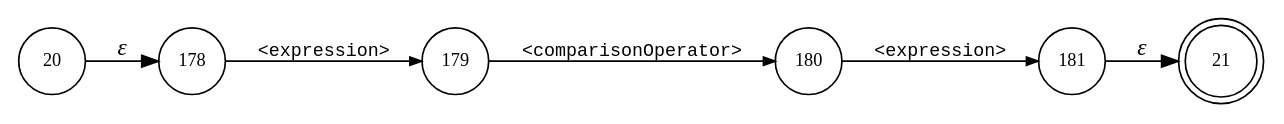
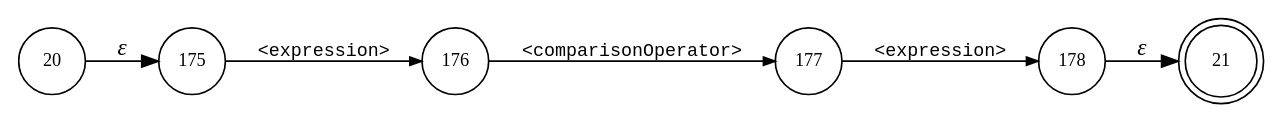
One commit to Shinigami072/Compilers-LogoInterpreter changed the diagram in interpreter/logo/logo.comparison.dot. Above: the diagram before and after it, drawn with Graphviz. The commit also changed 78 other files, not shown here.

```diff
--- a/interpreter/logo/logo.comparison.dot
+++ b/interpreter/logo/logo.comparison.dot
@@ -1,14 +1,14 @@
 digraph ATN {
 rankdir=LR;
 s21[fontsize=11, label="21", shape=doublecircle, fixedsize=true, width=.6];
+s176[fontsize=11,label="176", shape=circle, fixedsize=true, width=.55, peripheries=1];
+s177[fontsize=11,label="177", shape=circle, fixedsize=true, width=.55, peripheries=1];
 s178[fontsize=11,label="178", shape=circle, fixedsize=true, width=.55, peripheries=1];
-s179[fontsize=11,label="179", shape=circle, fixedsize=true, width=.55, peripheries=1];
 s20[fontsize=11,label="20", shape=circle, fixedsize=true, width=.55, peripheries=1];
-s180[fontsize=11,label="180", shape=circle, fixedsize=true, width=.55, peripheries=1];
-s181[fontsize=11,label="181", shape=circle, fixedsize=true, width=.55, peripheries=1];
-s20 -> s178 [fontname="Times-Italic", label="&epsilon;"];
-s178 -> s179 [fontsize=11, fontname="Courier", arrowsize=.7, label = "<expression>", arrowhead = normal];
-s179 -> s180 [fontsize=11, fontname="Courier", arrowsize=.7, label = "<comparisonOperator>", arrowhead = normal];
-s180 -> s181 [fontsize=11, fontname="Courier", arrowsize=.7, label = "<expression>", arrowhead = normal];
-s181 -> s21 [fontname="Times-Italic", label="&epsilon;"];
+s175[fontsize=11,label="175", shape=circle, fixedsize=true, width=.55, peripheries=1];
+s20 -> s175 [fontname="Times-Italic", label="&epsilon;"];
+s175 -> s176 [fontsize=11, fontname="Courier", arrowsize=.7, label = "<expression>", arrowhead = normal];
+s176 -> s177 [fontsize=11, fontname="Courier", arrowsize=.7, label = "<comparisonOperator>", arrowhead = normal];
+s177 -> s178 [fontsize=11, fontname="Courier", arrowsize=.7, label = "<expression>", arrowhead = normal];
+s178 -> s21 [fontname="Times-Italic", label="&epsilon;"];
 }
```
